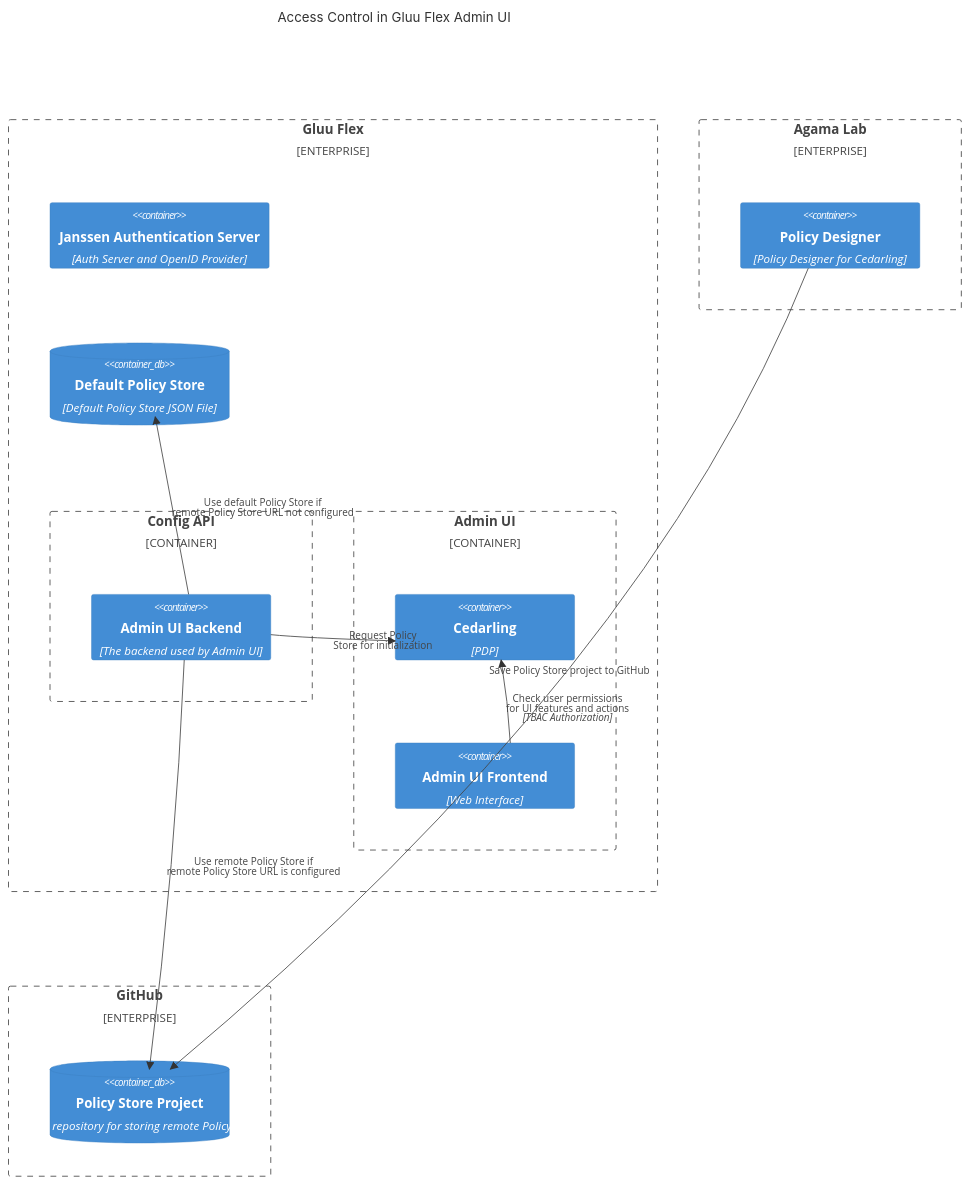
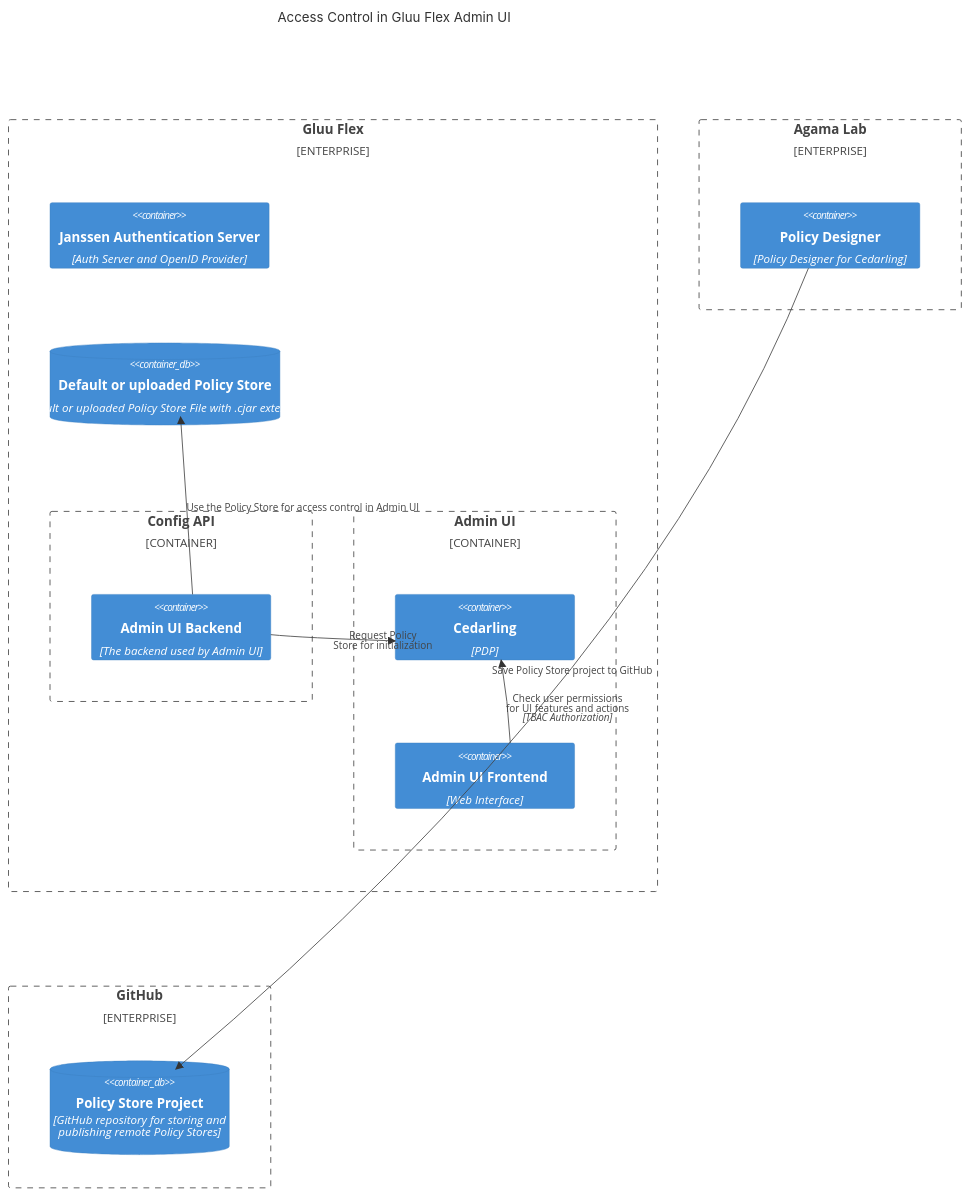
The diagram in docs/admin/admin-ui/access-control.md (GluuFederation/flex), drawn with Mermaid before and after one commit. The commit also changed other lines of this file and 4 other files, not shown here.

Commit message:
feat: document the changes in Cedarling policy-store used in Admin UI and its configuration screen

````diff
--- a/docs/admin/admin-ui/access-control.md
+++ b/docs/admin/admin-ui/access-control.md
@@ -128,33 +135,32 @@
 ```mermaid
 C4Context
     title Access Control in Gluu Flex Admin UI
 
     Enterprise_Boundary(flex, "Gluu Flex") {
         Container(JansAuthServer, "Janssen Authentication Server", "Auth Server and OpenID Provider")
         
         Container_Boundary(ConfigApiBoundary, "Config API") {
             Container(AdminUIBackend, "Admin UI Backend", "The backend used by Admin UI")
         }
         
         Container_Boundary(AdminUIBoundary, "Admin UI") {
             Container(Cedarling, "Cedarling", "PDP")
             Container(Frontend, "Admin UI Frontend", "Web Interface")
         }
         
-        ContainerDb(PolicyStore, "Default Policy Store", "Default Policy Store JSON File")
+        ContainerDb(PolicyStore, "Default or uploaded Policy Store", "Default or uploaded Policy Store File with .cjar extension")
     }
 
     Enterprise_Boundary(AgamaLab, "Agama Lab") {
         Container(PolicyDesigner, "Policy Designer", "Policy Designer for Cedarling")
     }
 
     Enterprise_Boundary(GitHub, "GitHub") {
-        ContainerDb(PolicyStoreProject, "Policy Store Project", "GitHub repository for storing remote Policy Stores")
+        ContainerDb(PolicyStoreProject, "Policy Store Project", "GitHub repository for storing and <br> publishing remote Policy Stores")
     }
 
-    Rel(AdminUIBackend, PolicyStore, "Use default Policy Store if <br>remote Policy Store URL not configured")
-    Rel(AdminUIBackend, PolicyStoreProject, "Use remote Policy Store if <br> remote Policy Store URL is configured")
+    Rel(AdminUIBackend, PolicyStore, "Use the Policy Store for access control in Admin UI")
     Rel(AdminUIBackend, Cedarling, "Request Policy <br>Store for initialization")
     Rel(PolicyDesigner, PolicyStoreProject, "Save Policy Store project to GitHub")
     Rel(Frontend, Cedarling, "Check user permissions<br>for UI features and actions", "TBAC Authorization")
 ```
````
